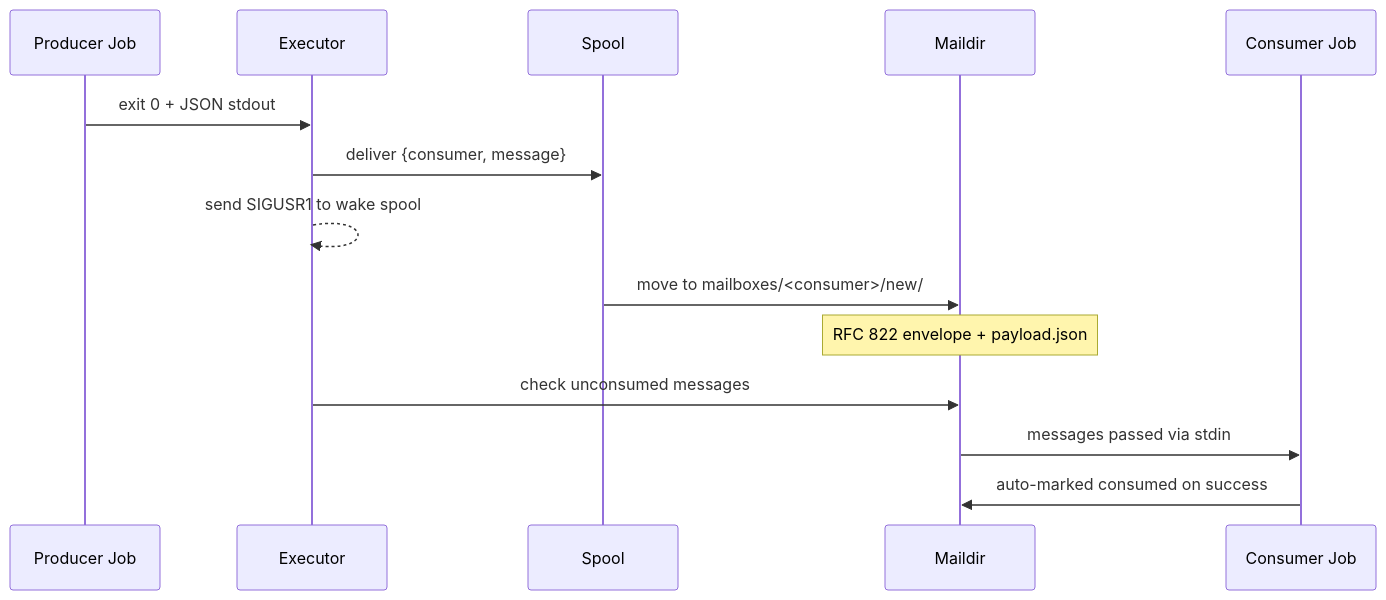
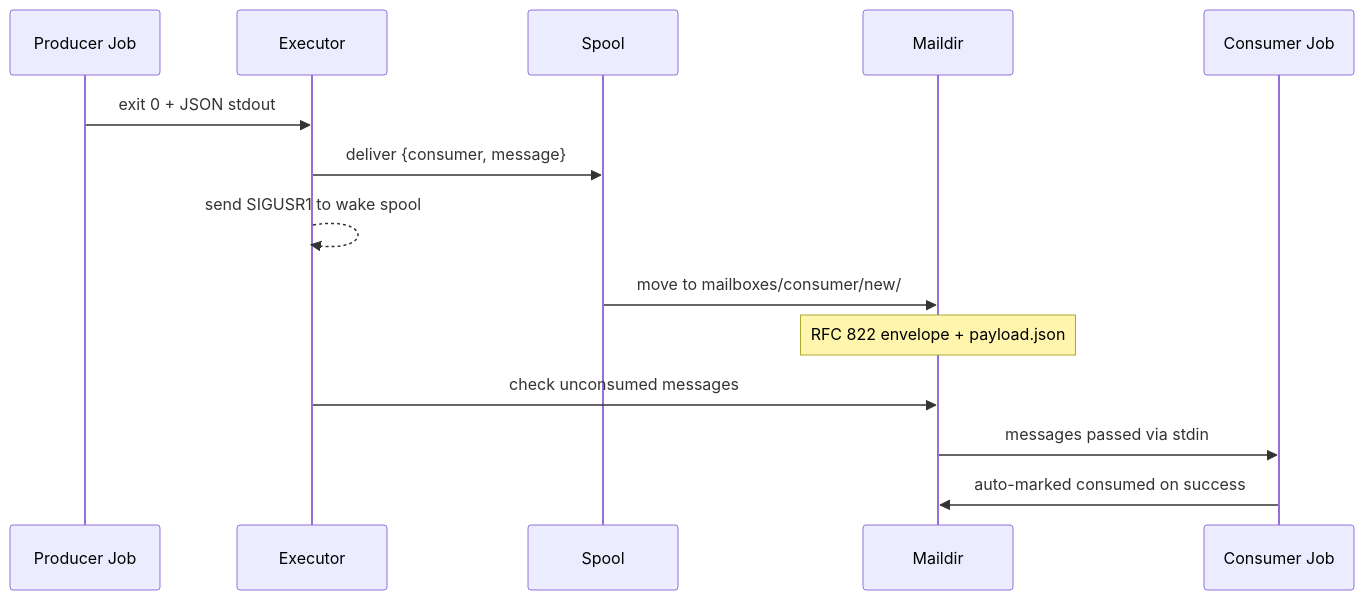
Before and after one commit to Chaos-AI-Projects/overlord: the third of 3 diagrams in README.md, drawn with Mermaid. The commit also changed other lines of this file, not shown here.

First line of the commit message:
fix: restore <br/> line breaks and fix <consumer> in message flow diagram

````diff
--- a/README.md
+++ b/README.md
@@ -64,17 +64,17 @@
 ```mermaid
 sequenceDiagram
     participant Producer as Producer Job
     participant Executor
     participant Spool
     participant Maildir
     participant Consumer as Consumer Job
 
     Producer->>Executor: exit 0 + JSON stdout
     Executor->>Spool: deliver {consumer, message}
     Executor-->>Executor: send SIGUSR1 to wake spool
-    Spool->>Maildir: move to mailboxes/<consumer>/new/
+    Spool->>Maildir: move to mailboxes/consumer/new/
     Note over Maildir: RFC 822 envelope + payload.json
     Executor->>Maildir: check unconsumed messages
     Maildir->>Consumer: messages passed via stdin
     Consumer->>Maildir: auto-marked consumed on success
 ```
````
